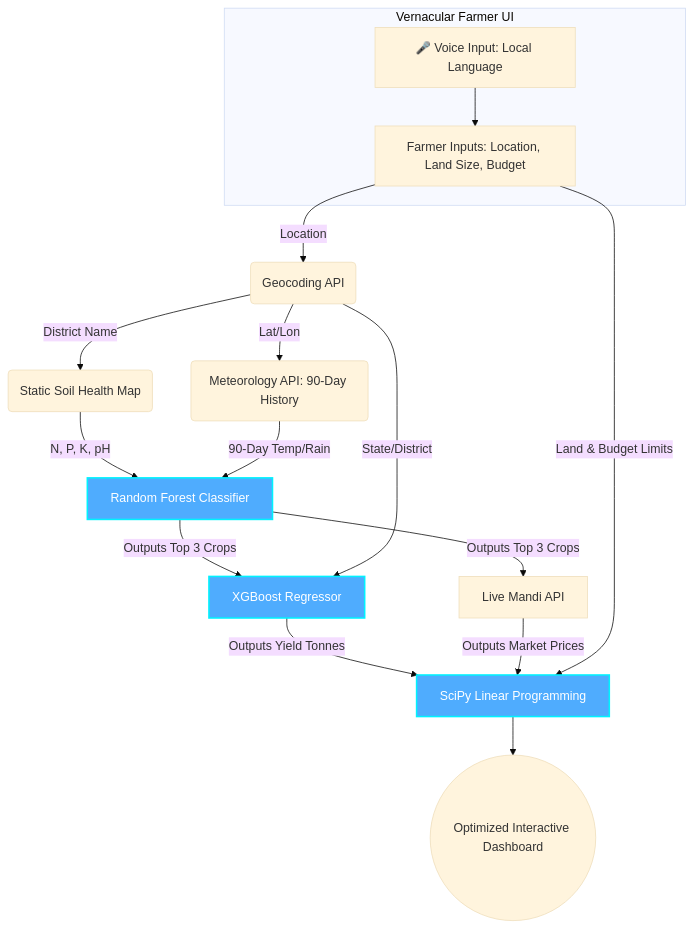
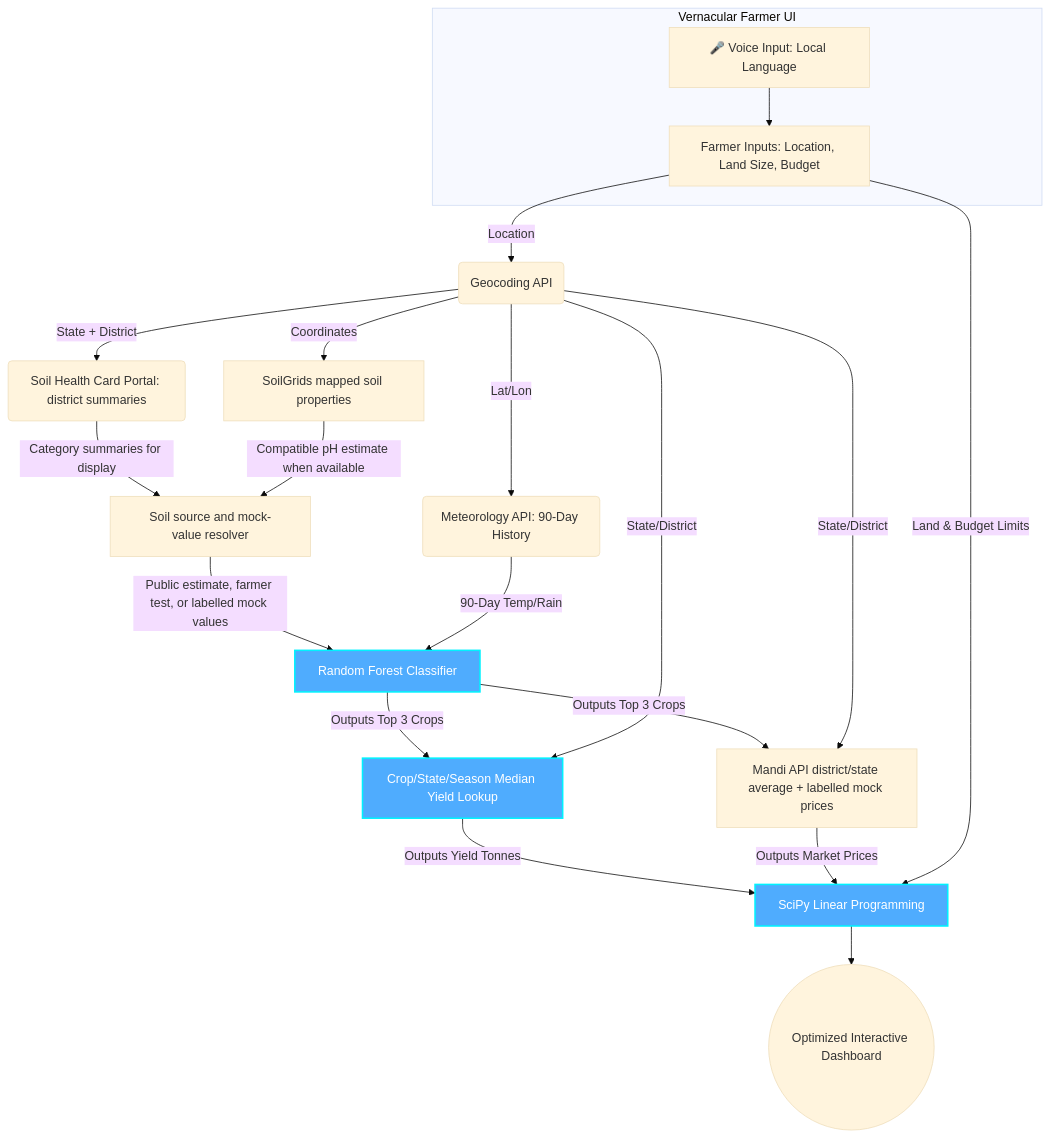
The diagram in README.md (9553943884pavan-alt/Agritech), drawn with Mermaid (base theme) before and after one commit. The commit also changed other lines of this file and 10 other files, not shown here.

First line of the commit message:
Integrate district-aware Mandi prices

````diff
--- a/README.md
+++ b/README.md
@@ -74,33 +78,37 @@
 ```mermaid
 graph TD
     %% User Inputs
     subgraph Vernacular Farmer UI
         V[🎤 Voice Input: Local Language] --> A
         A[Farmer Inputs: Location, Land Size, Budget]
     end
     
     %% APIs
     A -->|Location| B(Geocoding API)
     B -->|Lat/Lon| D(Meteorology API: 90-Day History)
-    B -->|District Name| C(Static Soil Health Map)
+    B -->|State + District| C(Soil Health Card Portal: district summaries)
+    B -->|Coordinates| Q[SoilGrids mapped soil properties]
     
     %% AI Model 1: Classifier
-    C -->|N, P, K, pH| E[Random Forest Classifier]
+    C -->|Category summaries for display| S[Soil source and mock-value resolver]
+    Q -->|Compatible pH estimate when available| S
+    S -->|Public estimate, farmer test, or labelled mock values| E[Random Forest Classifier]
     D -->|90-Day Temp/Rain| E
     
     %% The Output of Classifier feeds the next steps
-    E -->|Outputs Top 3 Crops| F[XGBoost Regressor]
-    E -->|Outputs Top 3 Crops| G[Live Mandi API]
+    E -->|Outputs Top 3 Crops| F[Crop/State/Season Median Yield Lookup]
+    E -->|Outputs Top 3 Crops| G[Mandi API district/state average + labelled mock prices]
     
     %% AI Model 2 & APIs for Optimization
     B -->|State/District| F
+    B -->|State/District| G
     F -->|Outputs Yield Tonnes| H[SciPy Linear Programming]
     G -->|Outputs Market Prices| H
     A -->|Land & Budget Limits| H
     
     %% Final Result
     H --> I((Optimized Interactive Dashboard))
     
     classDef model fill:#4facfe,color:#fff,stroke:#00f2fe,stroke-width:2px;
     class E,F,H model;
 ```
````
